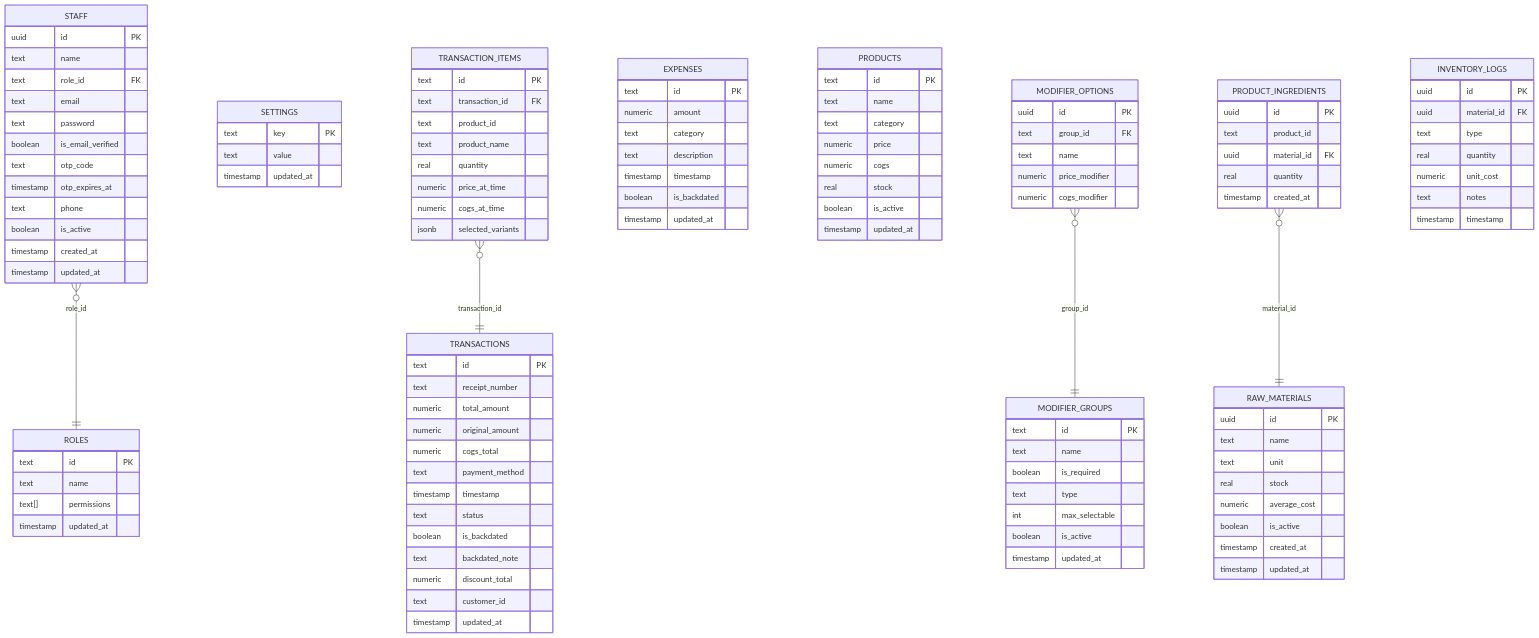
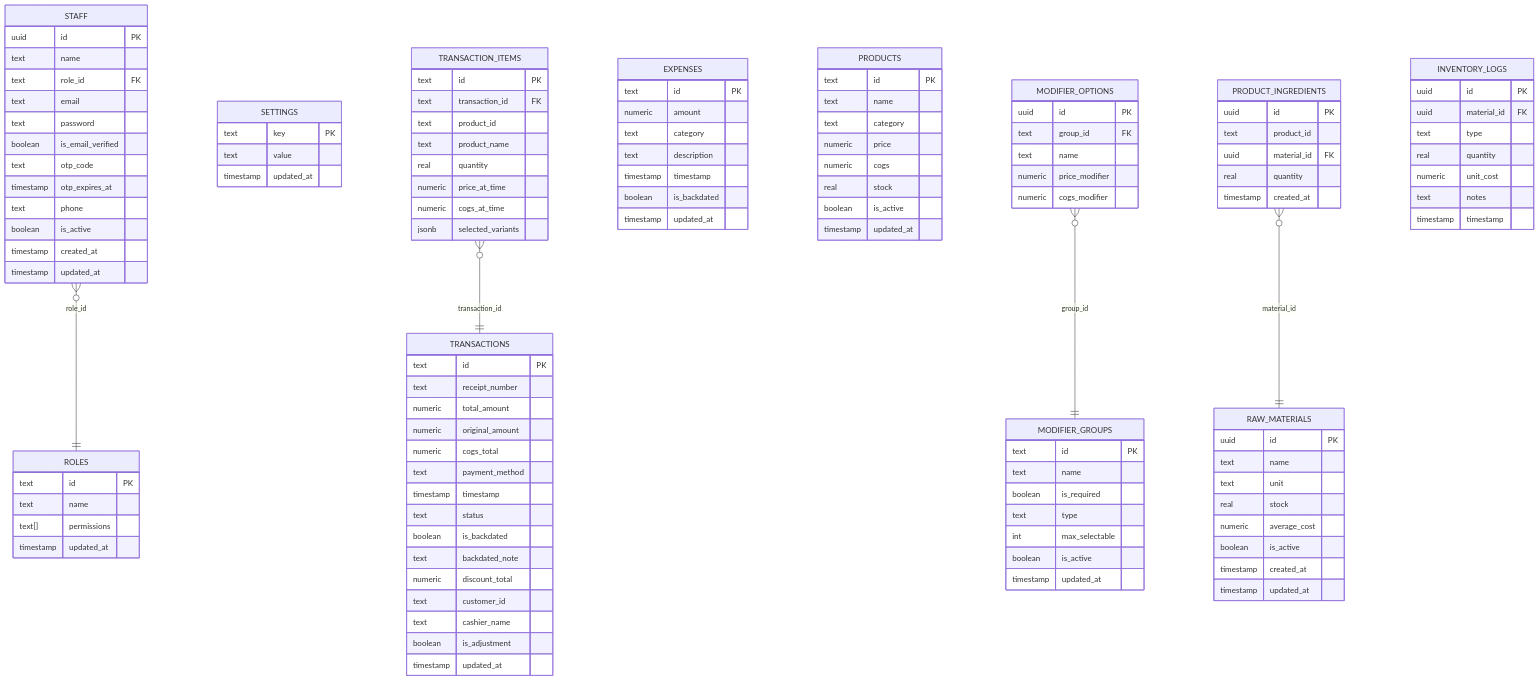
The fourth of 7 diagrams in .qoder/repowiki/en/content/Database Design.md (riod94/ngepos), drawn with Mermaid before and after one commit. The commit also changed other lines of this file and 51 other files, not shown here.

```diff
--- a/.qoder/repowiki/en/content/Database Design.md
+++ b/.qoder/repowiki/en/content/Database Design.md
@@ -313,6 +328,8 @@
 text backdated_note
 numeric discount_total
 text customer_id
+text cashier_name
+boolean is_adjustment
 timestamp updated_at
 }
 TRANSACTION_ITEMS {
```
